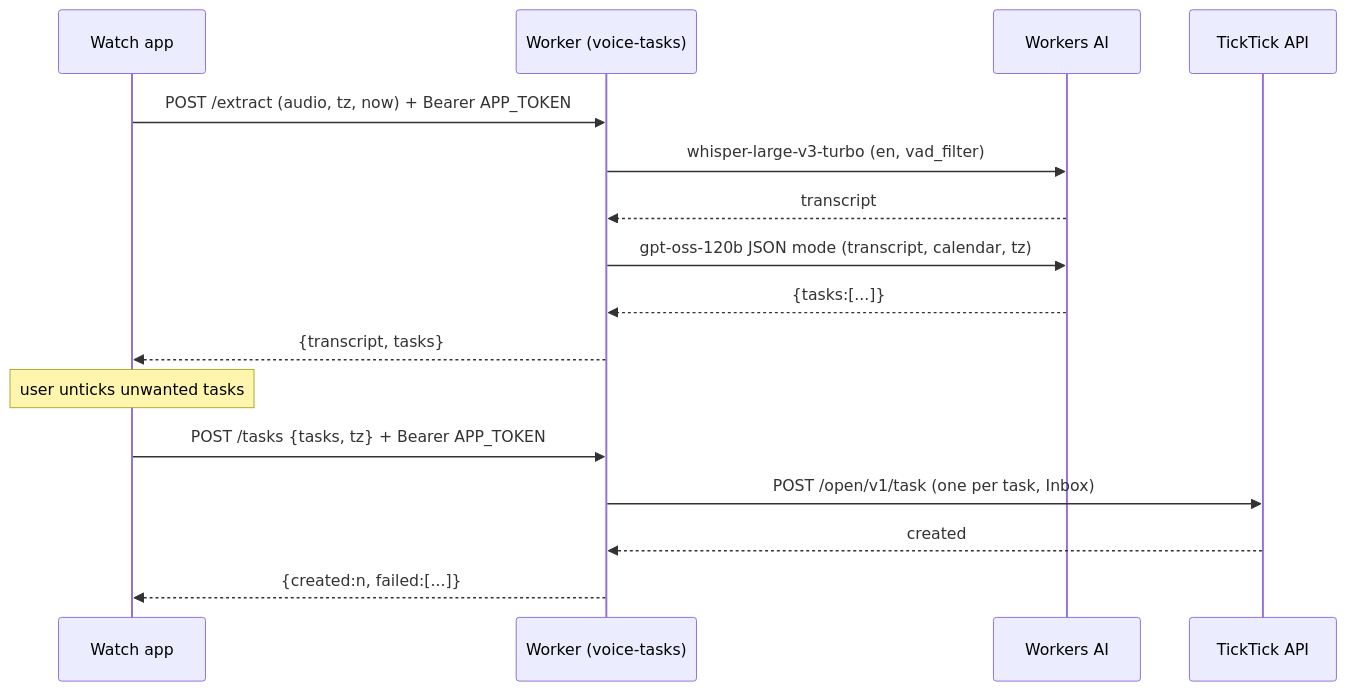
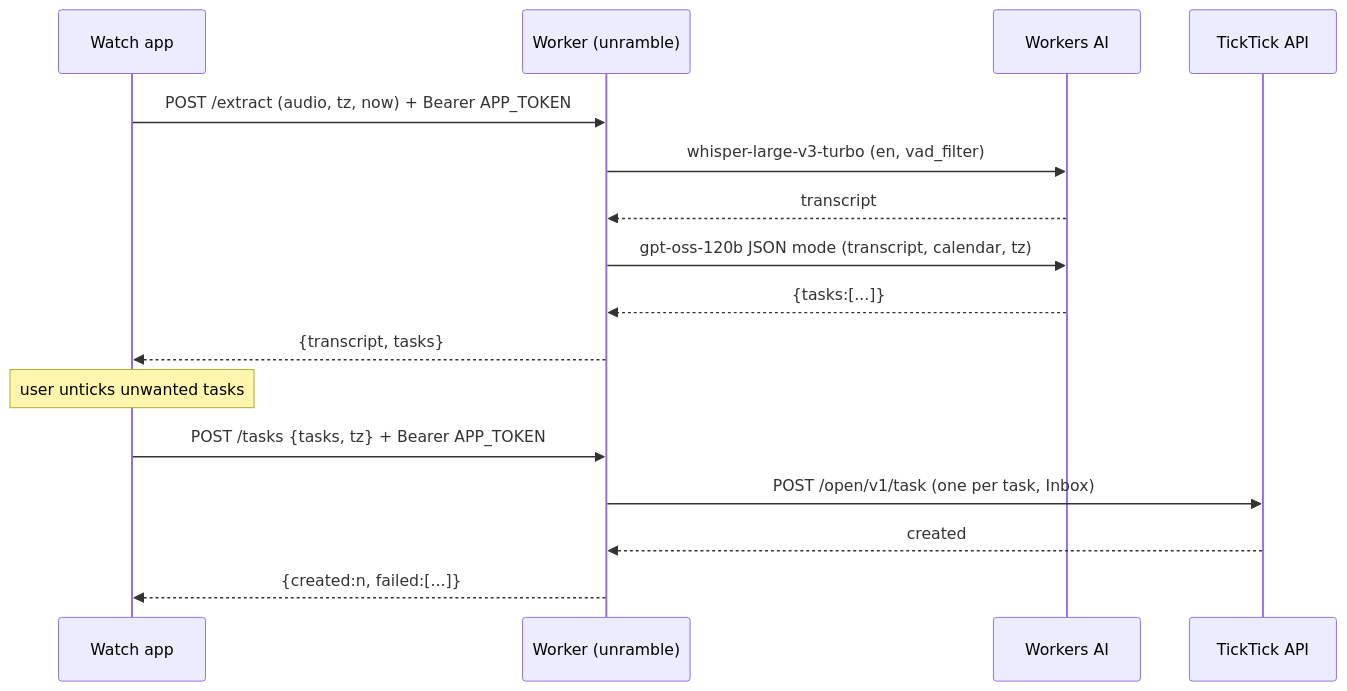
One commit to flashblaze/unramble changed the diagram in PLAN.md. Above: the diagram before and after it, drawn with Mermaid. The commit also changed other lines of this file and 11 other files, not shown here.

````diff
--- a/PLAN.md
+++ b/PLAN.md
@@ -30,18 +30,18 @@
 ```mermaid
 sequenceDiagram
   participant W as Watch app
-  participant CF as Worker (voice-tasks)
+  participant CF as Worker (unramble)
   participant AI as Workers AI
   participant TT as TickTick API
   W->>CF: POST /extract (audio, tz, now) + Bearer APP_TOKEN
   CF->>AI: whisper-large-v3-turbo (en, vad_filter)
   AI-->>CF: transcript
   CF->>AI: gpt-oss-120b JSON mode (transcript, calendar, tz)
   AI-->>CF: {tasks:[...]}
   CF-->>W: {transcript, tasks}
   Note over W: user unticks unwanted tasks
   W->>CF: POST /tasks {tasks, tz} + Bearer APP_TOKEN
   CF->>TT: POST /open/v1/task (one per task, Inbox)
   TT-->>CF: created
   CF-->>W: {created:n, failed:[...]}
 ```
````
